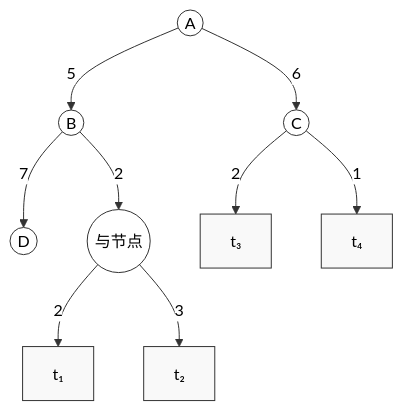
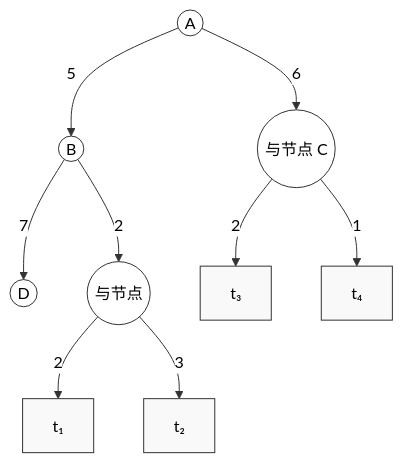
One commit to nihao3394/AI_basic_knowledge changed the diagram in 概念分述/和代价与最大代价.md. Above: the diagram before and after it, drawn with Mermaid. The commit also changed other lines of this file and 20 other files, not shown here.

````diff
--- a/概念分述/和代价与最大代价.md
+++ b/概念分述/和代价与最大代价.md
@@ -3,19 +3,19 @@
 ```mermaid
 %%{init: {'theme':'base', 'themeVariables': {'primaryTextColor':'#000000', 'secondaryTextColor':'#000000', 'tertiaryTextColor':'#000000', 'textColor':'#000000', 'lineColor':'#333333', 'edgeLabelBackground':'#ffffff'}}}%%
 graph TD
     A(("A")) -- 5 --> B(("B"))
-    A -- 6 --> C(("C"))
+    A -- 6 --> C(("与节点 C"))
 
     B -- 7 --> D(("D"))
     B -- 2 --> N_AND1(("与节点"))
 
     N_AND1 -- 2 --> T1["t₁"]
     N_AND1 -- 3 --> T2["t₂"]
 
     C -- 2 --> T3["t₃"]
     C -- 1 --> T4["t₄"]
 
     classDef default fill:#ffffff,color:#000000,stroke:#333333,stroke-width:1px;
     classDef leaf fill:#f9f9f9,color:#000000,stroke:#333333,stroke-width:1px;
     class T1,T2,T3,T4 leaf;
 ```
````
